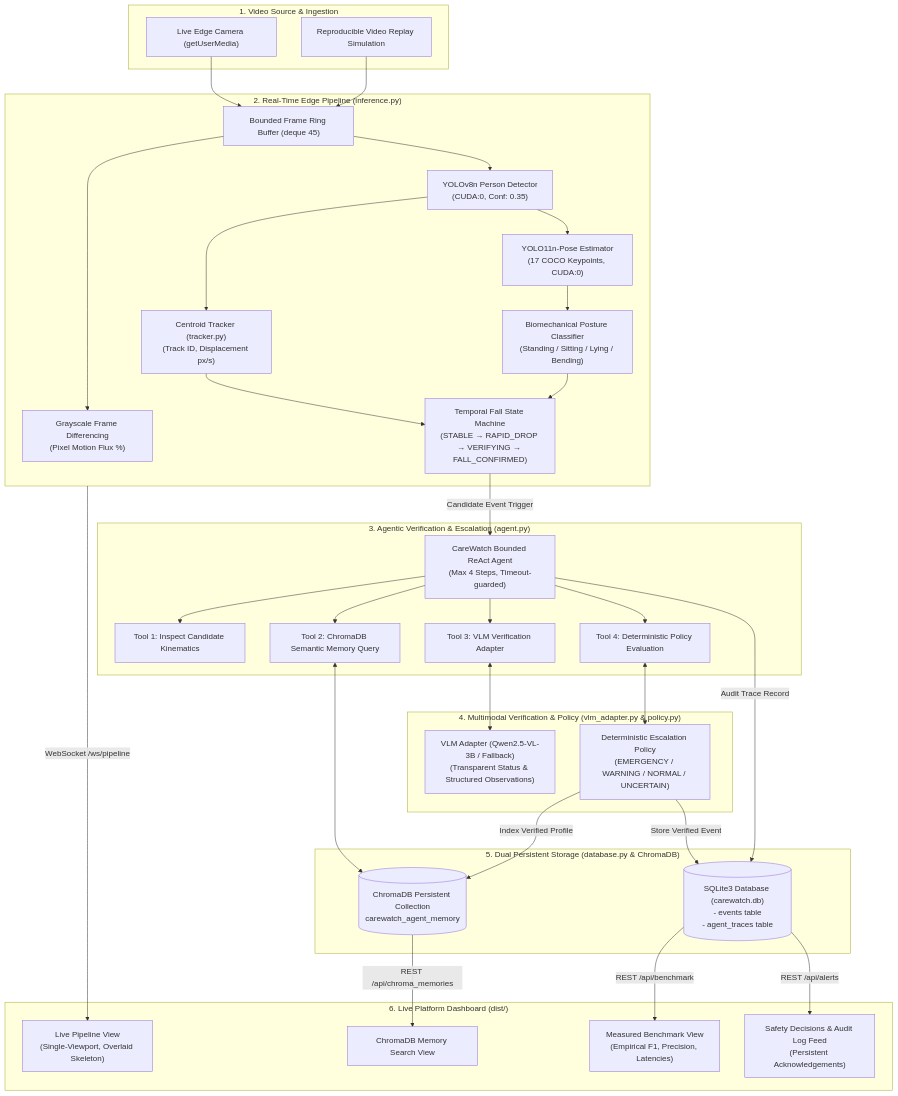
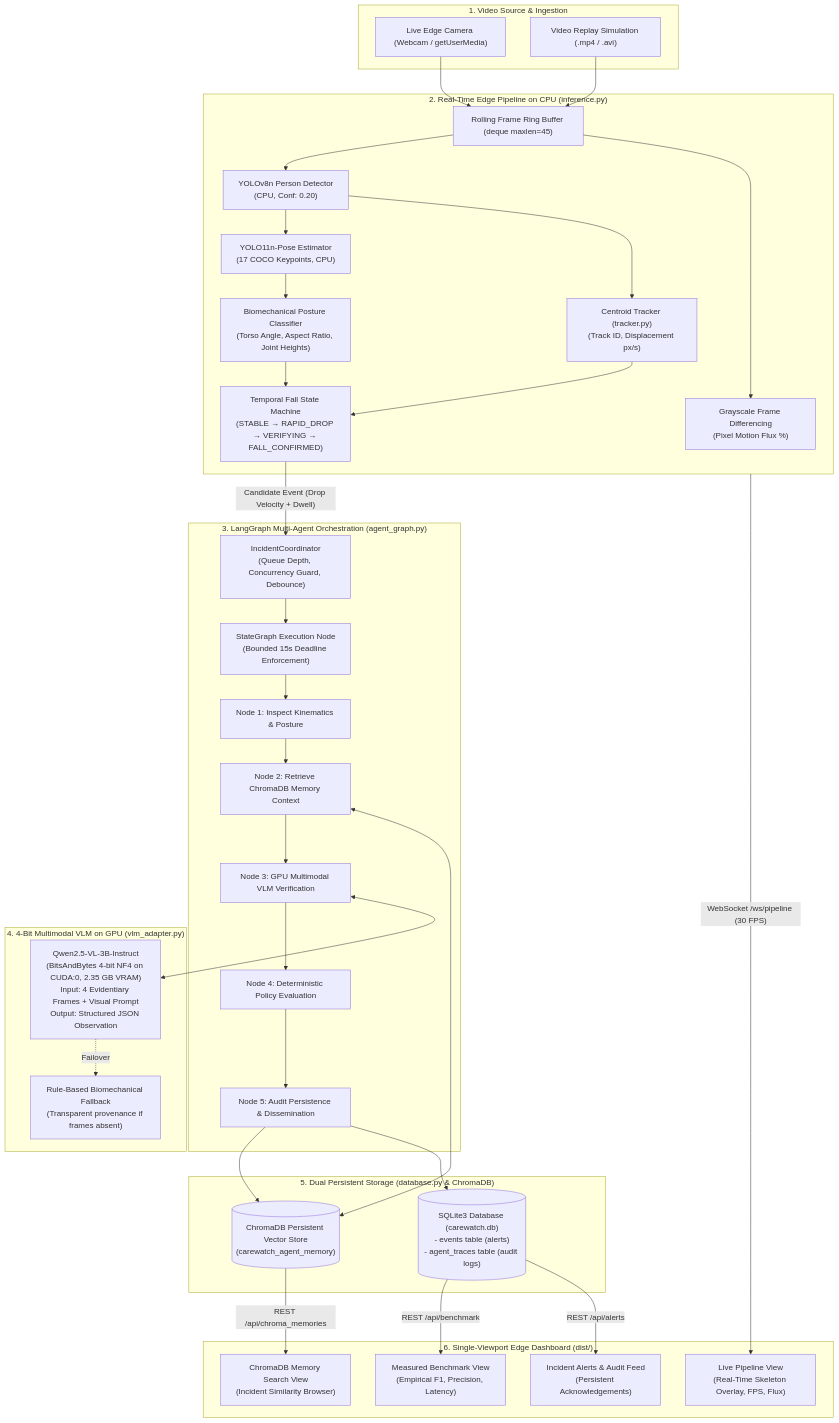
The diagram in ARCHITECTURE.md (Zenitsu272/Agentic-Edge-AI-for-HAR), drawn with Mermaid before and after one commit.

Commit message:
docs: update ARCHITECTURE.md with current CPU/GPU split and LangGraph multi-agent flow

````diff
--- a/ARCHITECTURE.md
+++ b/ARCHITECTURE.md
@@ -10,72 +10,75 @@
 ```mermaid
 flowchart TD
     subgraph VideoSource["1. Video Source & Ingestion"]
-        CAM["Live Edge Camera (getUserMedia)"]
-        REPLAY["Reproducible Video Replay Simulation"]
+        CAM["Live Edge Camera (Webcam / getUserMedia)"]
+        REPLAY["Video Replay Simulation (.mp4 / .avi)"]
     end
 
-    subgraph EdgeInference["2. Real-Time Edge Pipeline (inference.py)"]
+    subgraph EdgeInference["2. Real-Time Edge Pipeline on CPU (inference.py)"]
         FDIFF["Grayscale Frame Differencing\n(Pixel Motion Flux %)"]
-        DET["YOLOv8n Person Detector\n(CUDA:0, Conf: 0.35)"]
+        DET["YOLOv8n Person Detector\n(CPU, Conf: 0.20)"]
         TRACK["Centroid Tracker (tracker.py)\n(Track ID, Displacement px/s)"]
-        POSE["YOLO11n-Pose Estimator\n(17 COCO Keypoints, CUDA:0)"]
-        BIO["Biomechanical Posture Classifier\n(Standing / Sitting / Lying / Bending)"]
+        POSE["YOLO11n-Pose Estimator\n(17 COCO Keypoints, CPU)"]
+        BIO["Biomechanical Posture Classifier\n(Torso Angle, Aspect Ratio, Joint Heights)"]
         FSM["Temporal Fall State Machine\n(STABLE → RAPID_DROP → VERIFYING → FALL_CONFIRMED)"]
-        BUF["Bounded Frame Ring Buffer (deque 45)"]
+        BUF["Rolling Frame Ring Buffer (deque maxlen=45)"]
     end
 
-    subgraph CentralAgent["3. Agentic Verification & Escalation (agent.py)"]
-        REACT["CareWatch Bounded ReAct Agent\n(Max 4 Steps, Timeout-guarded)"]
-        T1["Tool 1: Inspect Candidate Kinematics"]
-        T2["Tool 2: ChromaDB Semantic Memory Query"]
-        T3["Tool 3: VLM Verification Adapter"]
-        T4["Tool 4: Deterministic Policy Evaluation"]
+    subgraph LangGraphOrchestrator["3. LangGraph Multi-Agent Orchestration (agent_graph.py)"]
+        LG_COORD["IncidentCoordinator\n(Queue Depth, Concurrency Guard, Debounce)"]
+        LG_STATE["StateGraph Execution Node\n(Bounded 15s Deadline Enforcement)"]
+        T_INSPECT["Node 1: Inspect Kinematics & Posture"]
+        T_MEMORY["Node 2: Retrieve ChromaDB Memory Context"]
+        T_VLM["Node 3: GPU Multimodal VLM Verification"]
+        T_POLICY["Node 4: Deterministic Policy Evaluation"]
+        T_PERSIST["Node 5: Audit Persistence & Dissemination"]
     end
 
-    subgraph VerificationEngine["4. Multimodal Verification & Policy (vlm_adapter.py & policy.py)"]
-        VLM["VLM Adapter (Qwen2.5-VL-3B / Fallback)\n(Transparent Status & Structured Observations)"]
-        POL["Deterministic Escalation Policy\n(EMERGENCY / WARNING / NORMAL / UNCERTAIN)"]
+    subgraph GPUVLM["4. 4-Bit Multimodal VLM on GPU (vlm_adapter.py)"]
+        QWEN["Qwen2.5-VL-3B-Instruct\n(BitsAndBytes 4-bit NF4 on CUDA:0, 2.35 GB VRAM)\nInput: 4 Evidentiary Frames + Visual Prompt\nOutput: Structured JSON Observation"]
+        FALLBACK["Rule-Based Biomechanical Fallback\n(Transparent provenance if frames absent)"]
     end
 
     subgraph PersistenceLayer["5. Dual Persistent Storage (database.py & ChromaDB)"]
-        SQLITE[("SQLite3 Database (carewatch.db)\n- events table\n- agent_traces table")]
-        CHROMA[("ChromaDB Persistent Collection\ncarewatch_agent_memory")]
+        SQLITE[("SQLite3 Database (carewatch.db)\n- events table (alerts)\n- agent_traces table (audit logs)")]
+        CHROMA[("ChromaDB Persistent Vector Store\n(carewatch_agent_memory)")]
     end
 
-    subgraph FrontendMonitoring["6. Live Platform Dashboard (dist/)"]
-        PIPE_VIEW["Live Pipeline View\n(Single-Viewport, Overlaid Skeleton)"]
-        CHROMA_VIEW["ChromaDB Memory Search View"]
-        BENCH_VIEW["Measured Benchmark View\n(Empirical F1, Precision, Latencies)"]
-        ALERT_VIEW["Safety Decisions & Audit Log Feed\n(Persistent Acknowledgements)"]
+    subgraph FrontendMonitoring["6. Single-Viewport Edge Dashboard (dist/)"]
+        PIPE_VIEW["Live Pipeline View\n(Real-Time Skeleton Overlay, FPS, Flux)"]
+        ALERT_VIEW["Incident Alerts & Audit Feed\n(Persistent Acknowledgements)"]
+        CHROMA_VIEW["ChromaDB Memory Search View\n(Incident Similarity Browser)"]
+        BENCH_VIEW["Measured Benchmark View\n(Empirical F1, Precision, Latency)"]
     end
 
-    %% Connections
+    %% Edge Ingestion
     CAM --> BUF
     REPLAY --> BUF
     BUF --> FDIFF
     BUF --> DET
     DET --> TRACK
     DET --> POSE
     POSE --> BIO
     TRACK --> FSM
     BIO --> FSM
 
-    FSM -- "Candidate Event Trigger" --> REACT
-    REACT --> T1
-    REACT --> T2
-    REACT --> T3
-    REACT --> T4
+    %% Trigger LangGraph
+    FSM -- "Candidate Event (Drop Velocity + Dwell)" --> LG_COORD
+    LG_COORD --> LG_STATE
+    LG_STATE --> T_INSPECT
+    T_INSPECT --> T_MEMORY
+    T_MEMORY <--> CHROMA
+    T_MEMORY --> T_VLM
+    T_VLM <--> QWEN
+    QWEN -.->|Failover| FALLBACK
+    T_VLM --> T_POLICY
+    T_POLICY --> T_PERSIST
+    T_PERSIST --> SQLITE
+    T_PERSIST --> CHROMA
 
-    T2 <--> CHROMA
-    T3 <--> VLM
-    T4 <--> POL
-
-    POL -- "Store Verified Event" --> SQLITE
-    POL -- "Index Verified Profile" --> CHROMA
-    REACT -- "Audit Trace Record" --> SQLITE
-
-    EdgeInference -- "WebSocket /ws/pipeline" --> PIPE_VIEW
+    %% Telemetry & Dashboard
+    EdgeInference -- "WebSocket /ws/pipeline (30 FPS)" --> PIPE_VIEW
     SQLITE -- "REST /api/alerts" --> ALERT_VIEW
     CHROMA -- "REST /api/chroma_memories" --> CHROMA_VIEW
     SQLITE -- "REST /api/benchmark" --> BENCH_VIEW
 ```
````
